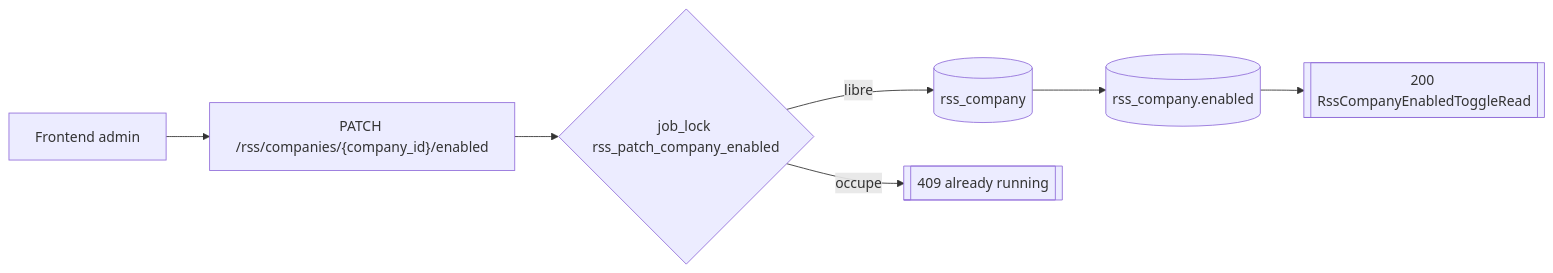
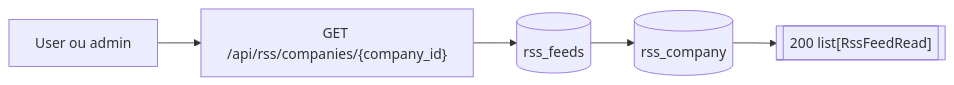
Before and after one commit to Manifeed/docs: the third of 4 diagrams in backend/routes/rss.md, drawn with Mermaid. The commit also changed other lines of this file, not shown here.

````diff
--- a/backend/routes/rss.md
+++ b/backend/routes/rss.md
@@ -62,9 +44,7 @@
 ```mermaid
 flowchart LR
-    admin["Frontend admin"] --> route["PATCH /rss/companies/{company_id}/enabled"]
-    route --> lock{"job_lock rss_patch_company_enabled"}
-    lock -->|libre| company[(rss_company)]
-    company --> update[(rss_company.enabled)]
-    update --> response[["200 RssCompanyEnabledToggleRead"]]
-    lock -->|occupe| e409[["409 already running"]]
+    user["User ou admin"] --> route["GET /api/rss/companies/{company_id}"]
+    route --> feeds[(rss_feeds)]
+    feeds --> companies[(rss_company)]
+    companies --> response[["200 list[RssFeedRead]"]]
 ```
````
